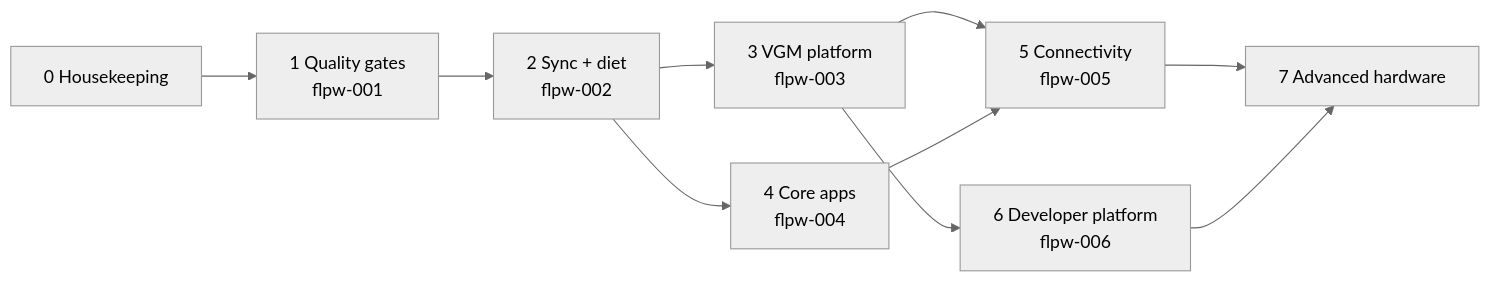
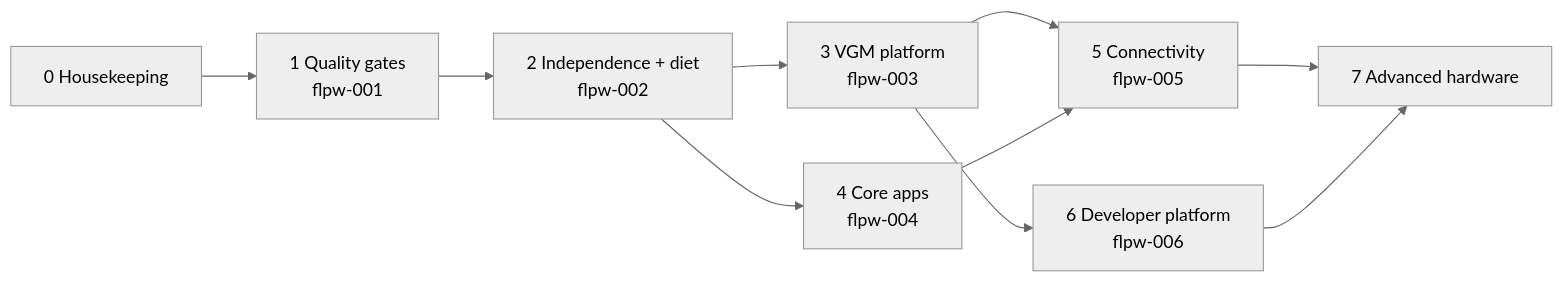
Before and after one commit to calvingunther66/Flipware: the diagram in ROADMAP.md, drawn with Mermaid (neutral theme). The commit also changed other lines of this file and 11 other files, not shown here.

First line of the commit message:
Roadmap 2.1: Flipware stands alone, no upstream sync (#116)

````diff
--- a/ROADMAP.md
+++ b/ROADMAP.md
@@ -95,12 +98,12 @@
 ```mermaid
 flowchart LR
   S0[0 Housekeeping] --> S1[1 Quality gates<br/>flpw-001]
-  S1 --> S2[2 Sync + diet<br/>flpw-002]
+  S1 --> S2[2 Independence + diet<br/>flpw-002]
   S2 --> S3[3 VGM platform<br/>flpw-003]
   S2 --> S4[4 Core apps<br/>flpw-004]
   S3 --> S5[5 Connectivity<br/>flpw-005]
   S4 --> S5
   S3 --> S6[6 Developer platform<br/>flpw-006]
   S5 --> S7[7 Advanced hardware]
   S6 --> S7
 ```
````
